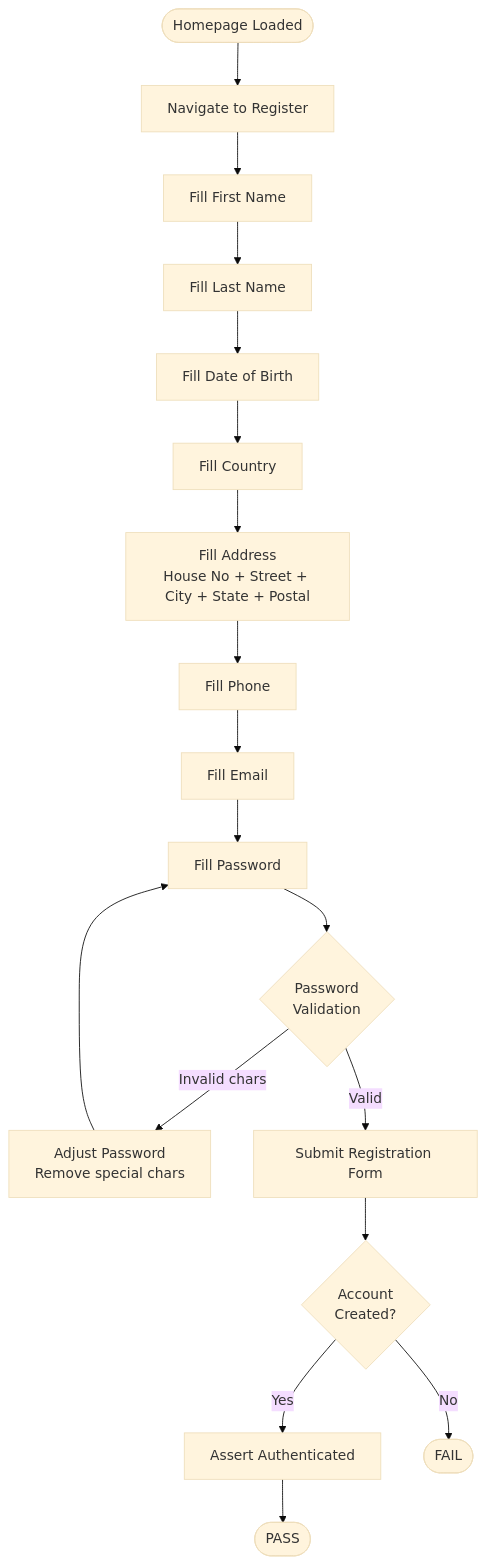
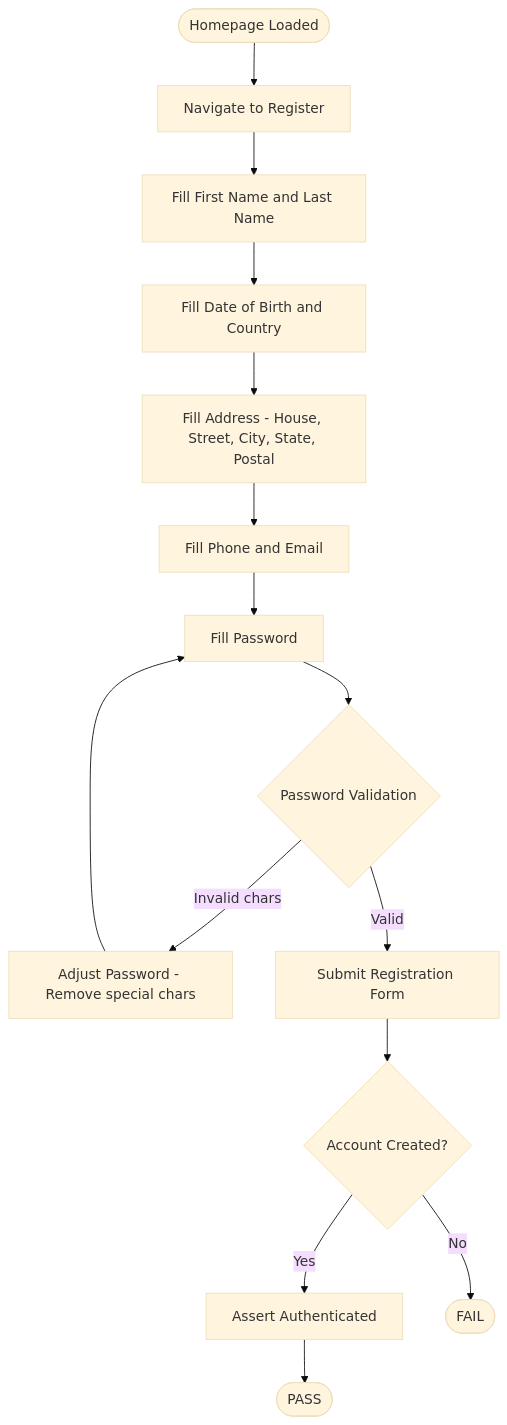
Before and after one commit to ron457/Cucumber-Test-Ophelia: the eighth of 15 diagrams in rchitecture.md, drawn with Mermaid (base theme). The commit also changed other lines of this file, not shown here.

````diff
--- a/rchitecture.md
+++ b/rchitecture.md
@@ -221,20 +220,17 @@
 ```mermaid
 flowchart TD
     A([Homepage Loaded]) --> B[Navigate to Register]
-    B --> C[Fill First Name]
-    C --> D[Fill Last Name]
-    D --> E[Fill Date of Birth]
-    E --> F[Fill Country]
-    F --> G[Fill Address\nHouse No + Street + City + State + Postal]
-    G --> H[Fill Phone]
-    H --> I[Fill Email]
-    I --> J[Fill Password]
-    J --> K{Password\nValidation}
-    K -->|Invalid chars| L[Adjust Password\nRemove special chars]
-    L --> J
-    K -->|Valid| M[Submit Registration Form]
-    M --> N{Account\nCreated?}
-    N -->|Yes| O[Assert Authenticated]
-    N -->|No| P([FAIL])
-    O --> Q([PASS])
+    B --> C[Fill First Name and Last Name]
+    C --> D[Fill Date of Birth and Country]
+    D --> E["Fill Address - House, Street, City, State, Postal"]
+    E --> F[Fill Phone and Email]
+    F --> G[Fill Password]
+    G --> H{Password Validation}
+    H -->|Invalid chars| I[Adjust Password - Remove special chars]
+    I --> G
+    H -->|Valid| J[Submit Registration Form]
+    J --> K{Account Created?}
+    K -->|Yes| L[Assert Authenticated]
+    K -->|No| M([FAIL])
+    L --> N([PASS])
 ```
````
